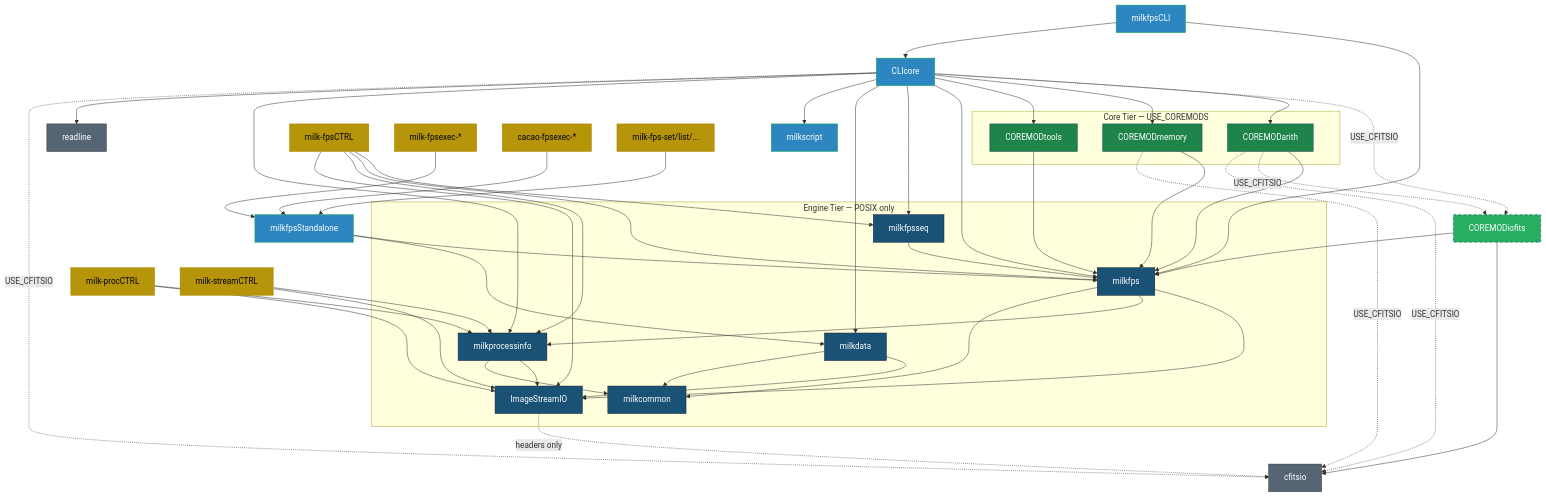
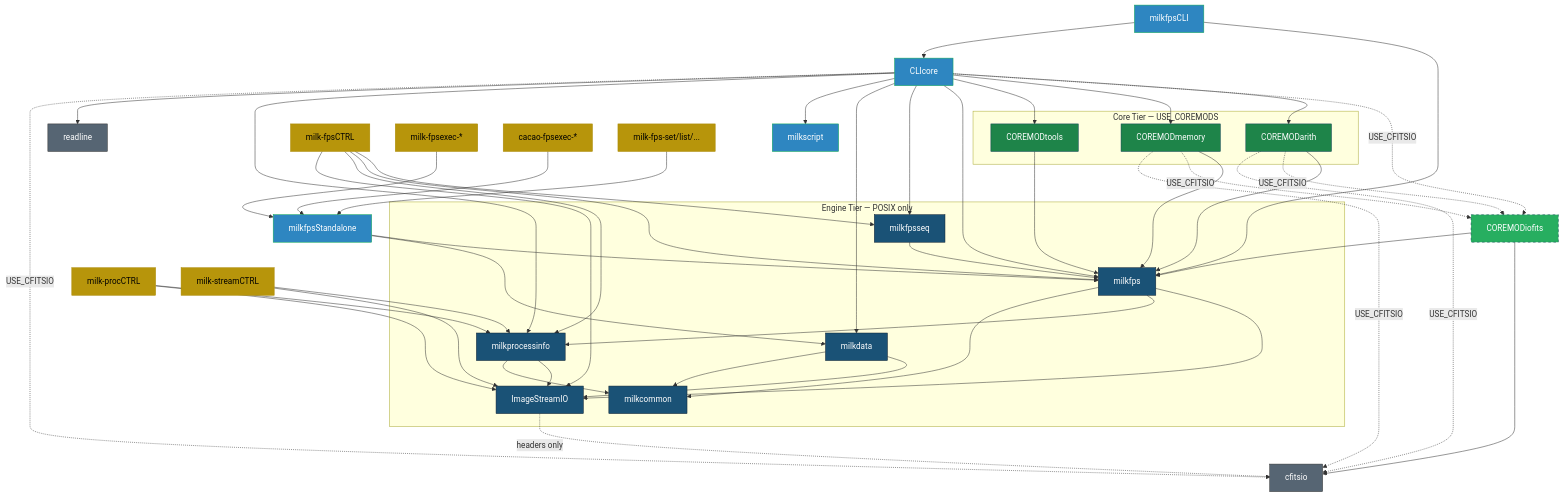
The first of 3 diagrams in docs/dependency_graph.md (milk-org/milk), drawn with Mermaid before and after one commit. The commit also changed 9 other files, not shown here.

```diff
--- a/docs/dependency_graph.md
+++ b/docs/dependency_graph.md
@@ -75,6 +75,7 @@
     ARITH -.->|USE_CFITSIO| IOFITS
     ARITH -.->|USE_CFITSIO| CFITSIO
     MEMORY --> FPS
+    MEMORY -.->|USE_CFITSIO| IOFITS
     MEMORY -.->|USE_CFITSIO| CFITSIO
     TOOLS --> FPS
 
```
